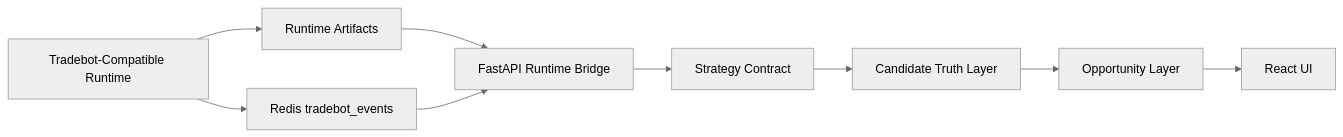
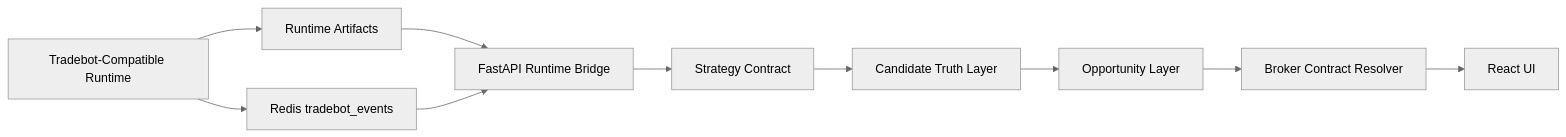
One commit to ramgolladi1503-sys/algotradify changed the diagram in README.md. Above: the diagram before and after it, drawn with Mermaid (neutral theme). The commit also changed other lines of this file, not shown here.

Commit message:
Document broker contract resolver

````diff
--- a/README.md
+++ b/README.md
@@ -28,11 +29,12 @@
 ```mermaid
 flowchart LR
     A[Tradebot-Compatible Runtime] --> B[Runtime Artifacts]
     B --> C[FastAPI Runtime Bridge]
     C --> D[Strategy Contract]
     D --> E[Candidate Truth Layer]
     E --> F[Opportunity Layer]
-    F --> G[React UI]
-    A --> H[Redis tradebot_events]
-    H --> C
+    F --> G[Broker Contract Resolver]
+    G --> H[React UI]
+    A --> I[Redis tradebot_events]
+    I --> C
 ```
````
